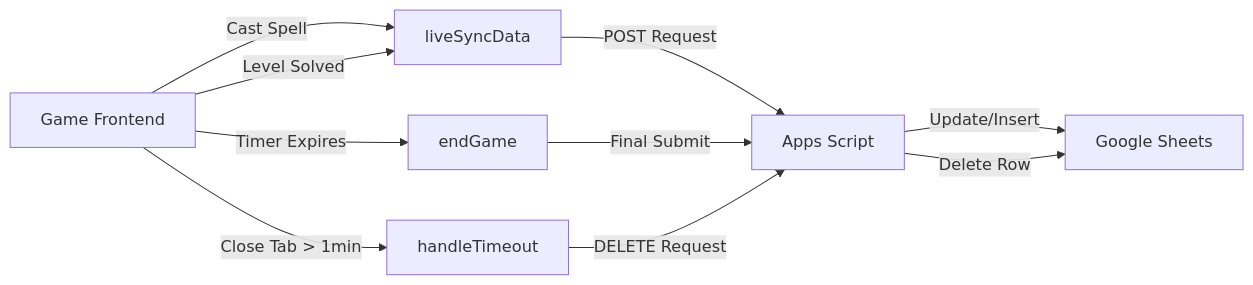
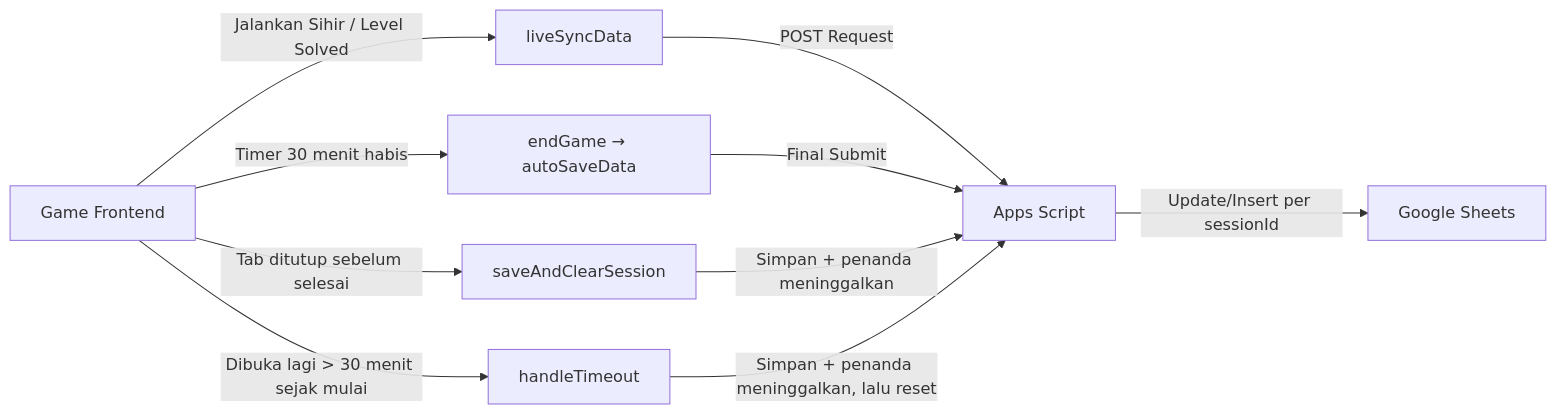
One commit to Chndraf/magicflex_2 changed the diagram in README.md. Above: the diagram before and after it, drawn with Mermaid. The commit also changed other lines of this file and 5 other files, not shown here.

````diff
--- a/README.md
+++ b/README.md
@@ -296,12 +341,12 @@
 ```mermaid
 graph LR
-    A[Game Frontend] -->|Cast Spell| B[liveSyncData]
-    A -->|Level Solved| B
+    A[Game Frontend] -->|Jalankan Sihir / Level Solved| B[liveSyncData]
     B -->|POST Request| C[Apps Script]
-    C -->|Update/Insert| D[Google Sheets]
-    A -->|Timer Expires| E[endGame]
+    C -->|Update/Insert per sessionId| D[Google Sheets]
+    A -->|Timer 30 menit habis| E[endGame → autoSaveData]
     E -->|Final Submit| C
-    A -->|Close Tab > 1min| F[handleTimeout]
-    F -->|DELETE Request| C
-    C -->|Delete Row| D
+    A -->|Tab ditutup sebelum selesai| F[saveAndClearSession]
+    F -->|Simpan + penanda meninggalkan| C
+    A -->|Dibuka lagi > 30 menit sejak mulai| G[handleTimeout]
+    G -->|Simpan + penanda meninggalkan, lalu reset| C
 ```
````
